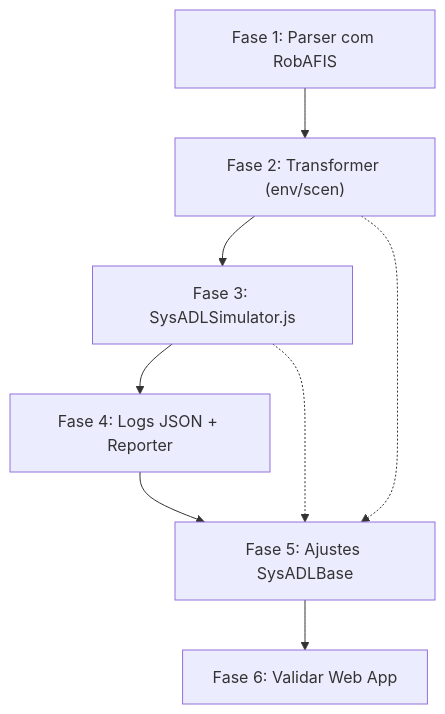
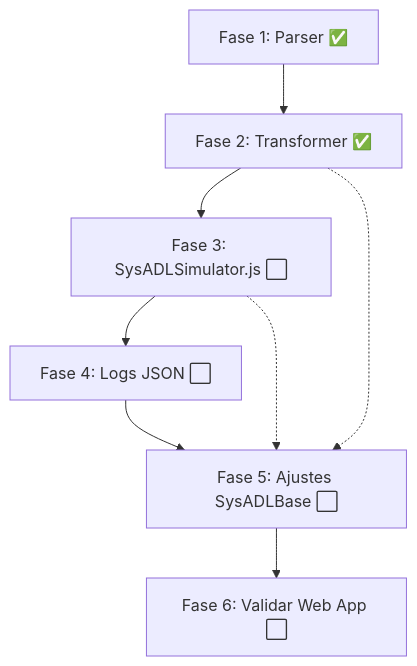
The diagram in tales/v0.6/docs/implementation_plan.md (eder-xavier/SysAdlExecutionTool), drawn with Mermaid before and after one commit. The commit also changed other lines of this file and 7 other files, not shown here.

````diff
--- a/tales/v0.6/docs/implementation_plan.md
+++ b/tales/v0.6/docs/implementation_plan.md
@@ -428,12 +283,12 @@
 ```mermaid
 graph TD
-    F1["Fase 1: Parser com RobAFIS"] --> F2
-    F2["Fase 2: Transformer (env/scen)"] --> F3
-    F3["Fase 3: SysADLSimulator.js"] --> F4
-    F4["Fase 4: Logs JSON + Reporter"] --> F5
-    F5["Fase 5: Ajustes SysADLBase"] --> F6
-    F6["Fase 6: Validar Web App"]
+    F1["Fase 1: Parser ✅"] --> F2
+    F2["Fase 2: Transformer ✅"] --> F3
+    F3["Fase 3: SysADLSimulator.js ⬜"] --> F4
+    F4["Fase 4: Logs JSON ⬜"] --> F5
+    F5["Fase 5: Ajustes SysADLBase ⬜"] --> F6
+    F6["Fase 6: Validar Web App ⬜"]
     
     F2 -.-> F5
     F3 -.-> F5
 ```
````
